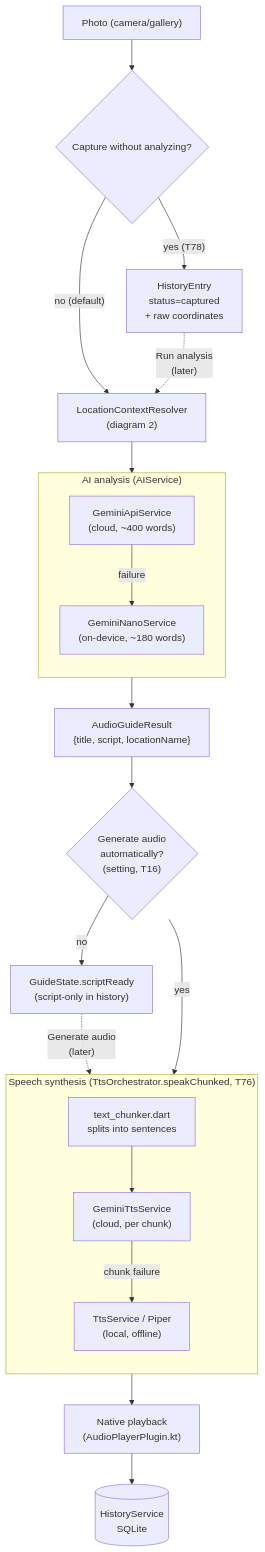
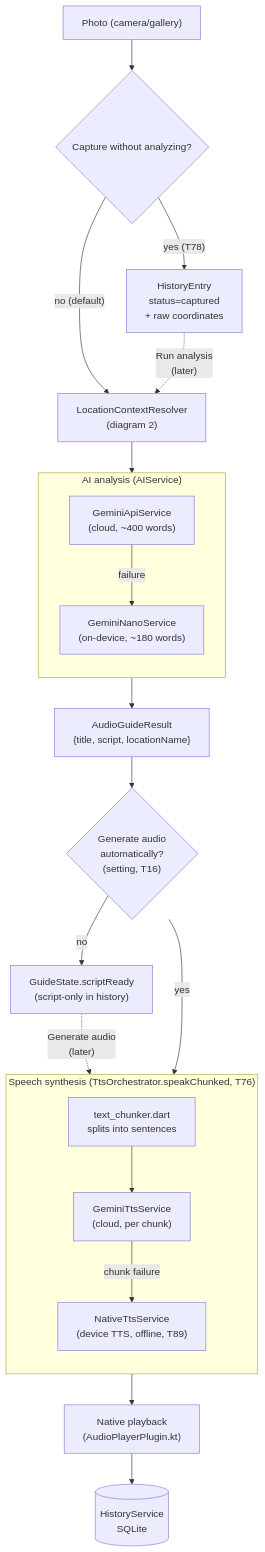
The first of 3 diagrams in ARCHITECTURE.md (Nohzoh/AudioLens), drawn with Mermaid before and after one commit. The commit also changed other lines of this file and 2 other files, not shown here.

First line of the commit message:
docs: refresh README/ARCHITECTURE/AGENTS after Piper removal and recent features

````diff
--- a/ARCHITECTURE.md
+++ b/ARCHITECTURE.md
@@ -23,36 +23,36 @@
 ```mermaid
 flowchart TD
     Capture["Photo (camera/gallery)"] --> Entry{Capture without analyzing?}
     Entry -- "no (default)" --> Loc
     Entry -- "yes (T78)" --> Stored["HistoryEntry\nstatus=captured\n+ raw coordinates"]
     Stored -. "Run analysis\n(later)" .-> Loc
 
     Loc["LocationContextResolver\n(diagram 2)"] --> AI
 
     subgraph AI["AI analysis (AIService)"]
         direction TB
         Cloud["GeminiApiService\n(cloud, ~400 words)"]
         Nano["GeminiNanoService\n(on-device, ~180 words)"]
         Cloud -- failure --> Nano
     end
 
     AI --> Result["AudioGuideResult\n{title, script, locationName}"]
     Result --> AutoTts{"Generate audio\nautomatically?\n(setting, T16)"}
 
     AutoTts -- no --> ScriptReady["GuideState.scriptReady\n(script-only in history)"]
     ScriptReady -. "Generate audio\n(later)" .-> TTS
 
     AutoTts -- yes --> TTS
 
     subgraph TTS["Speech synthesis (TtsOrchestrator.speakChunked, T76)"]
         direction TB
         Chunk["text_chunker.dart\nsplits into sentences"]
         GTts["GeminiTtsService\n(cloud, per chunk)"]
-        Piper["TtsService / Piper\n(local, offline)"]
+        Native["NativeTtsService\n(device TTS, offline, T89)"]
         Chunk --> GTts
-        GTts -- chunk failure --> Piper
+        GTts -- chunk failure --> Native
     end
 
     TTS --> Audio["Native playback\n(AudioPlayerPlugin.kt)"]
     Audio --> History[("HistoryService\nSQLite")]
 ```
````
